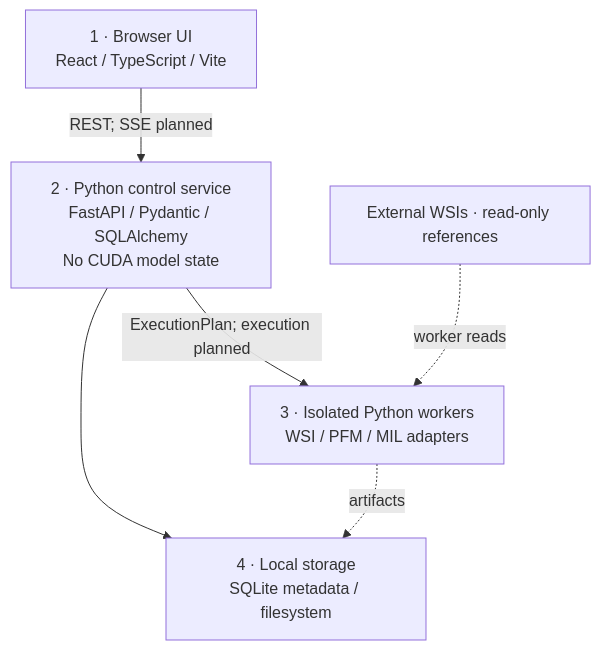
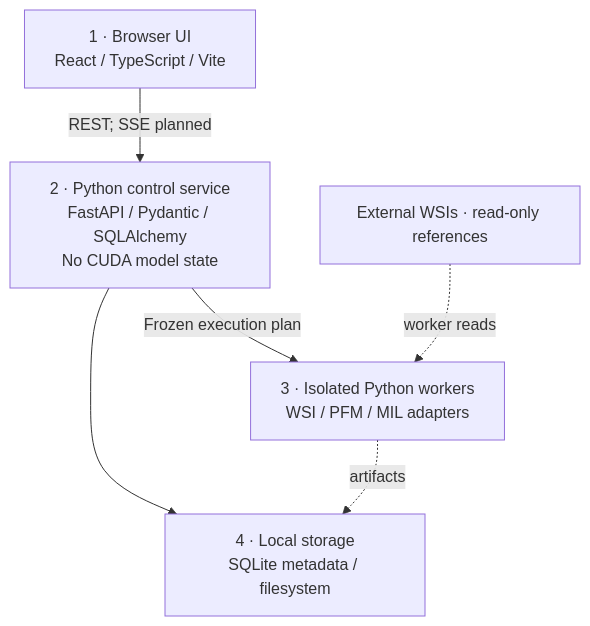
Before and after one commit to Lyce24/HistoPilot: the second of 2 diagrams in README.md, drawn with Mermaid. The commit also changed other lines of this file and 317 other files, not shown here.

````diff
--- a/README.md
+++ b/README.md
@@ -198,8 +260,8 @@
 ```mermaid
 flowchart TD
     Browser[1 · Browser UI<br/>React / TypeScript / Vite] -->|REST; SSE planned| Control[2 · Python control service<br/>FastAPI / Pydantic / SQLAlchemy<br/>No CUDA model state]
-    Control -->|ExecutionPlan; execution planned| Workers[3 · Isolated Python workers<br/>WSI / PFM / MIL adapters]
+    Control -->|Frozen execution plan| Workers[3 · Isolated Python workers<br/>WSI / PFM / MIL adapters]
     Control --> Storage[4 · Local storage<br/>SQLite metadata / filesystem]
     Workers -. artifacts .-> Storage
     External[External WSIs · read-only references] -. worker reads .-> Workers
 ```
````
